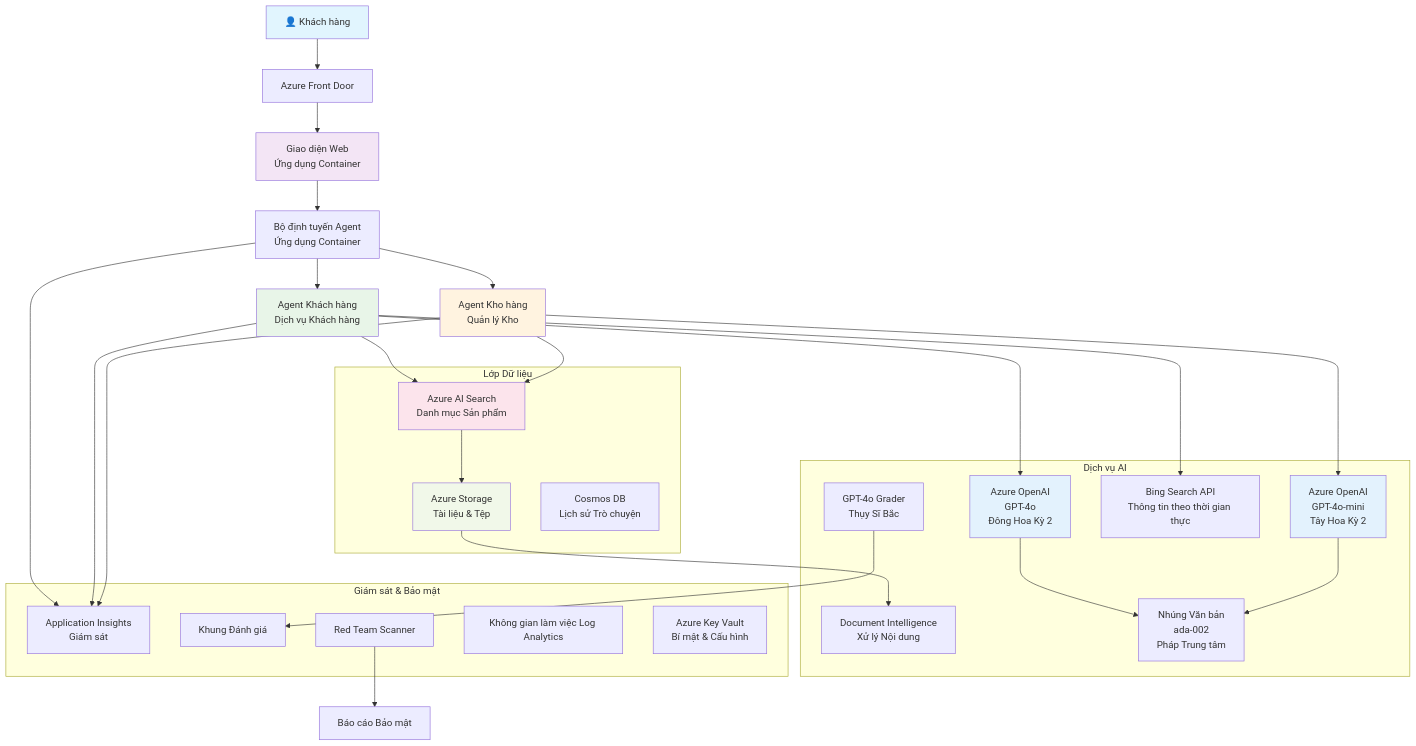
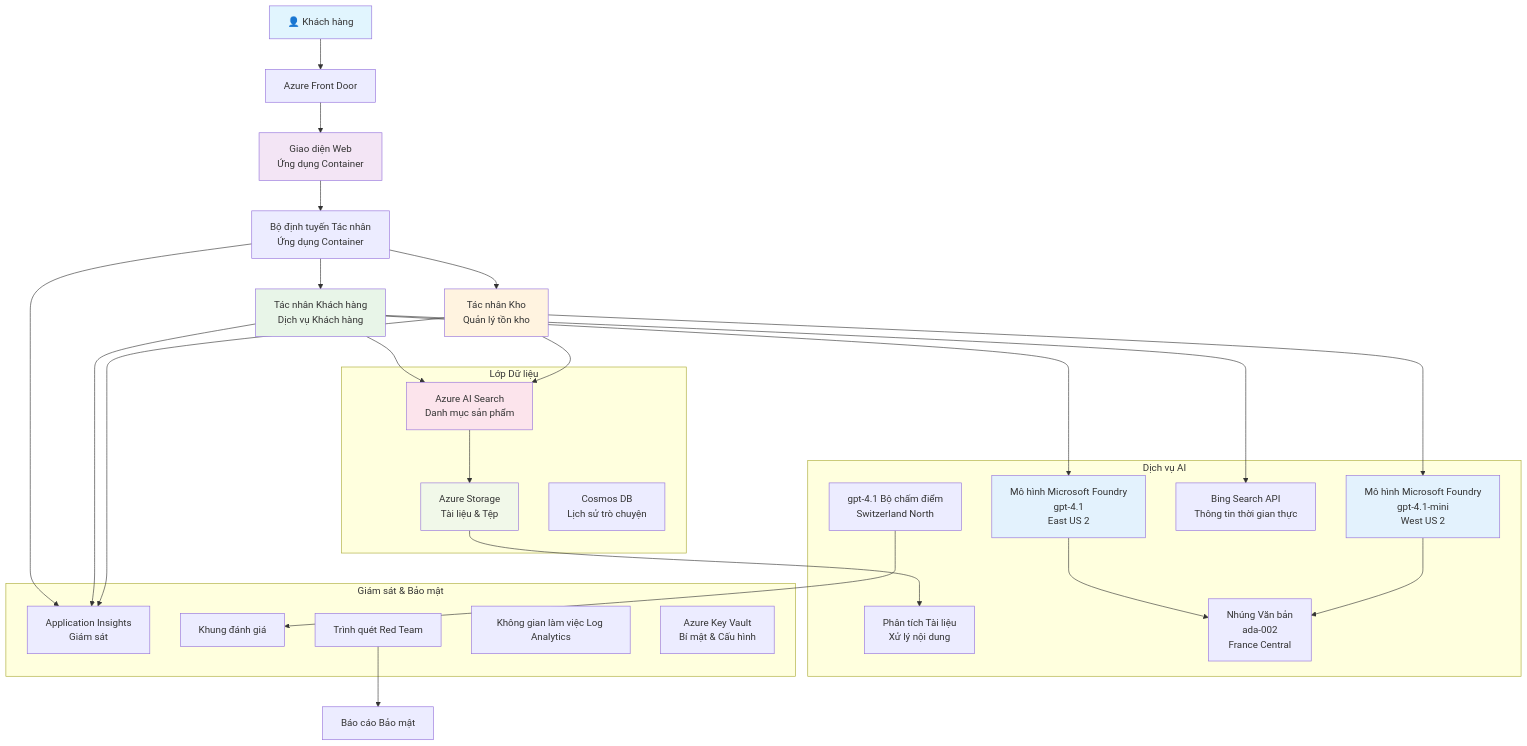
One commit to microsoft/AZD-for-beginners changed the diagram in translations/vi/examples/retail-scenario.md. Above: the diagram before and after it, drawn with Mermaid. The commit also changed other lines of this file and 101 other files, not shown here.

````diff
--- a/translations/vi/examples/retail-scenario.md
+++ b/translations/vi/examples/retail-scenario.md
@@ -139,61 +139,61 @@
 ```mermaid
 graph TB
     User[👤 Khách hàng] --> LB[Azure Front Door]
     LB --> WebApp[Giao diện Web<br/>Ứng dụng Container]
     
-    WebApp --> Router[Bộ định tuyến Agent<br/>Ứng dụng Container]
-    Router --> CustomerAgent[Agent Khách hàng<br/>Dịch vụ Khách hàng]
-    Router --> InvAgent[Agent Kho hàng<br/>Quản lý Kho]
+    WebApp --> Router[Bộ định tuyến Tác nhân<br/>Ứng dụng Container]
+    Router --> CustomerAgent[Tác nhân Khách hàng<br/>Dịch vụ Khách hàng]
+    Router --> InvAgent[Tác nhân Kho<br/>Quản lý tồn kho]
     
-    CustomerAgent --> OpenAI1[Azure OpenAI<br/>GPT-4o<br/>Đông Hoa Kỳ 2]
-    InvAgent --> OpenAI2[Azure OpenAI<br/>GPT-4o-mini<br/>Tây Hoa Kỳ 2]
+    CustomerAgent --> OpenAI1[Mô hình Microsoft Foundry<br/>gpt-4.1<br/>East US 2]
+    InvAgent --> OpenAI2[Mô hình Microsoft Foundry<br/>gpt-4.1-mini<br/>West US 2]
     
-    CustomerAgent --> AISearch[Azure AI Search<br/>Danh mục Sản phẩm]
-    CustomerAgent --> BingSearch[Bing Search API<br/>Thông tin theo thời gian thực]
+    CustomerAgent --> AISearch[Azure AI Search<br/>Danh mục sản phẩm]
+    CustomerAgent --> BingSearch[Bing Search API<br/>Thông tin thời gian thực]
     InvAgent --> AISearch
     
     AISearch --> Storage[Azure Storage<br/>Tài liệu & Tệp]
-    Storage --> DocIntel[Document Intelligence<br/>Xử lý Nội dung]
+    Storage --> DocIntel[Phân tích Tài liệu<br/>Xử lý nội dung]
     
-    OpenAI1 --> Embeddings[Nhúng Văn bản<br/>ada-002<br/>Pháp Trung tâm]
+    OpenAI1 --> Embeddings[Nhúng Văn bản<br/>ada-002<br/>France Central]
     OpenAI2 --> Embeddings
     
     Router --> AppInsights[Application Insights<br/>Giám sát]
     CustomerAgent --> AppInsights
     InvAgent --> AppInsights
     
-    GraderModel[GPT-4o Grader<br/>Thụy Sĩ Bắc] --> Evaluation[Khung Đánh giá]
-    RedTeam[Red Team Scanner] --> SecurityReports[Báo cáo Bảo mật]
+    GraderModel[gpt-4.1 Bộ chấm điểm<br/>Switzerland North] --> Evaluation[Khung đánh giá]
+    RedTeam[Trình quét Red Team] --> SecurityReports[Báo cáo Bảo mật]
     
     subgraph "Lớp Dữ liệu"
         Storage
         AISearch
-        CosmosDB[Cosmos DB<br/>Lịch sử Trò chuyện]
+        CosmosDB[Cosmos DB<br/>Lịch sử trò chuyện]
     end
     
     subgraph "Dịch vụ AI"
         OpenAI1
         OpenAI2
         Embeddings
         GraderModel
         DocIntel
         BingSearch
     end
     
     subgraph "Giám sát & Bảo mật"
         AppInsights
         LogAnalytics[Không gian làm việc Log Analytics]
         KeyVault[Azure Key Vault<br/>Bí mật & Cấu hình]
         RedTeam
         Evaluation
     end
     
     style User fill:#e1f5fe
     style WebApp fill:#f3e5f5
     style CustomerAgent fill:#e8f5e8
     style InvAgent fill:#fff3e0
     style OpenAI1 fill:#e3f2fd
     style OpenAI2 fill:#e3f2fd
     style AISearch fill:#fce4ec
     style Storage fill:#f1f8e9
 ```
````
